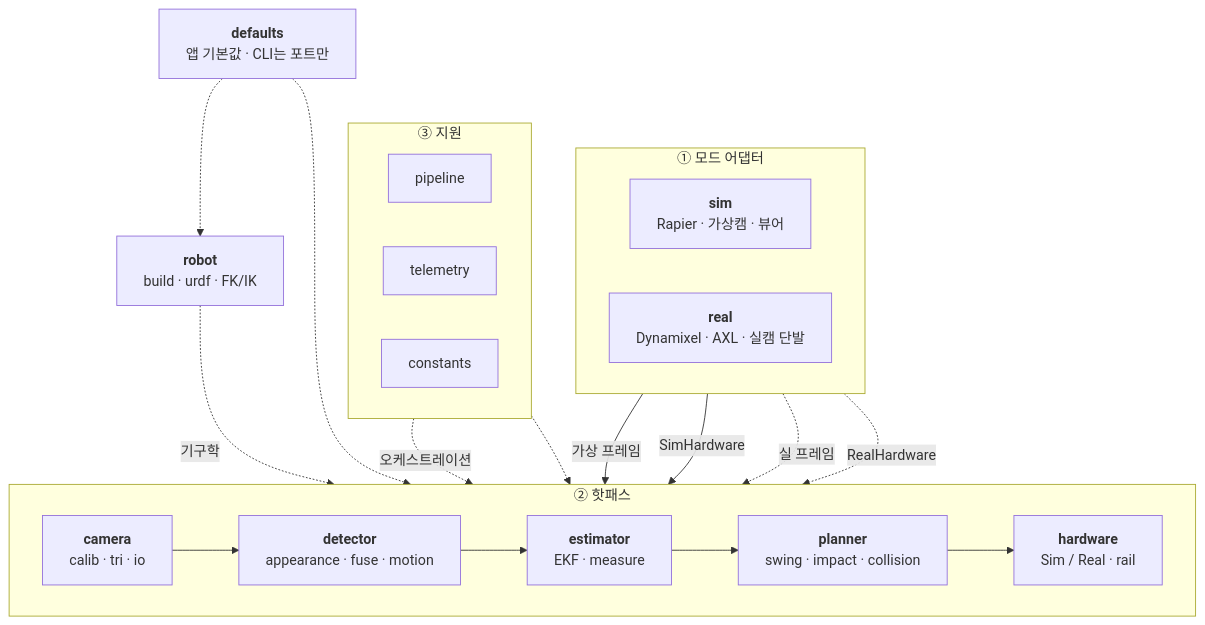
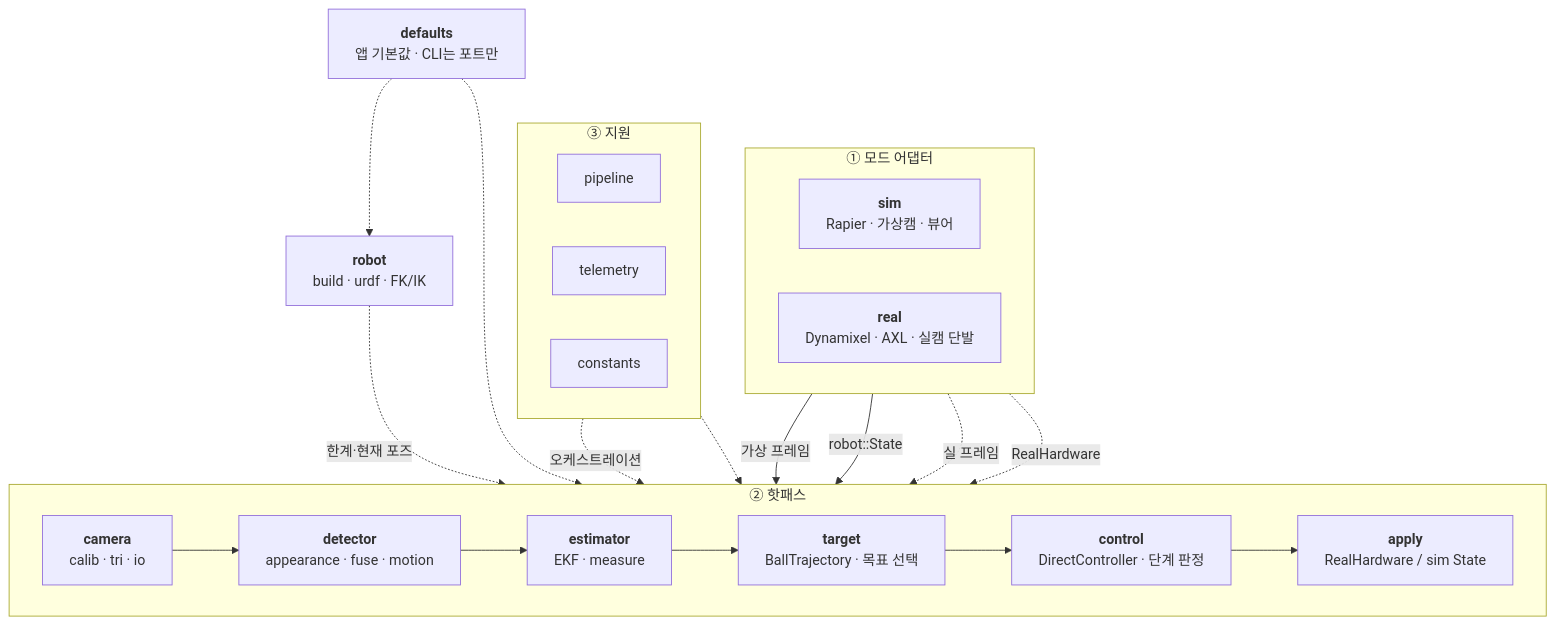
One commit to luv-all/pingpong-bot changed the first of 4 diagrams in README.md. Above: the diagram before and after it, drawn with Mermaid. The commit also changed other lines of this file and 4 other files, not shown here.

````diff
--- a/README.md
+++ b/README.md
@@ -327,40 +332,41 @@
 ```mermaid
 flowchart TB
   defaults["<b>defaults</b><br/>앱 기본값 · CLI는 포트만"]
 
   subgraph adapters ["① 모드 어댑터"]
     direction LR
     sim["<b>sim</b><br/>Rapier · 가상캠 · 뷰어"]
     real["<b>real</b><br/>Dynamixel · AXL · 실캠 단발"]
   end
 
   subgraph hot ["② 핫패스"]
     direction LR
     camera["<b>camera</b><br/>calib · tri · io"]
     detector["<b>detector</b><br/>appearance · fuse · motion"]
     estimator["<b>estimator</b><br/>EKF · measure"]
-    planner["<b>planner</b><br/>swing · impact · collision"]
-    hardware["<b>hardware</b><br/>Sim / Real · rail"]
-    camera --> detector --> estimator --> planner --> hardware
+    target["<b>target</b><br/>BallTrajectory · 목표 선택"]
+    control["<b>control</b><br/>DirectController · 단계 판정"]
+    hardware["<b>apply</b><br/>RealHardware / sim State"]
+    camera --> detector --> estimator --> target --> control --> hardware
   end
 
   robot["<b>robot</b><br/>build · urdf · FK/IK"]
   defaults -.-> hot
   defaults -.-> robot
-  robot -.->|기구학| planner
+  robot -.->|한계·현재 포즈| control
 
   sim -->|가상 프레임| camera
-  sim -->|SimHardware| hardware
+  sim -->|robot::State| hardware
   real -.->|실 프레임| camera
   real -.->|RealHardware| hardware
 
   subgraph support ["③ 지원"]
     direction LR
     pipeline["pipeline"]
     telemetry["telemetry"]
     constants["constants"]
   end
 
   pipeline -.->|오케스트레이션| hot
   constants -.-> hot
 ```
````
